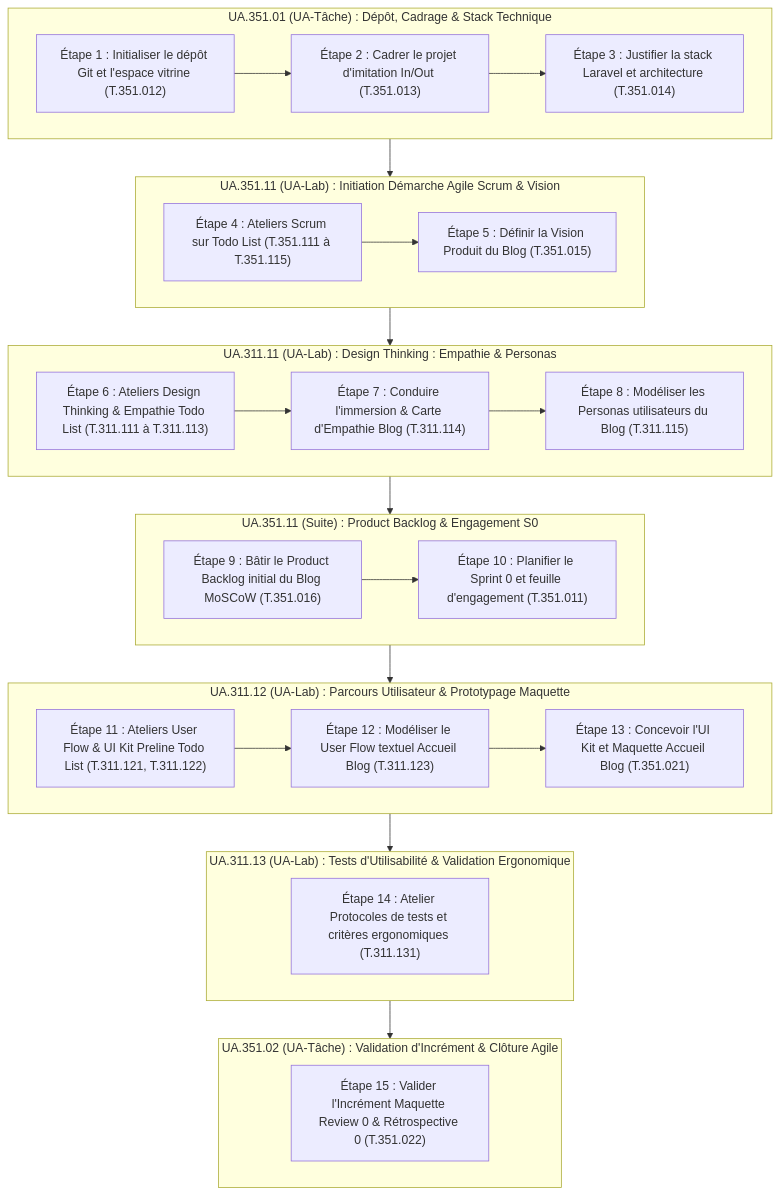
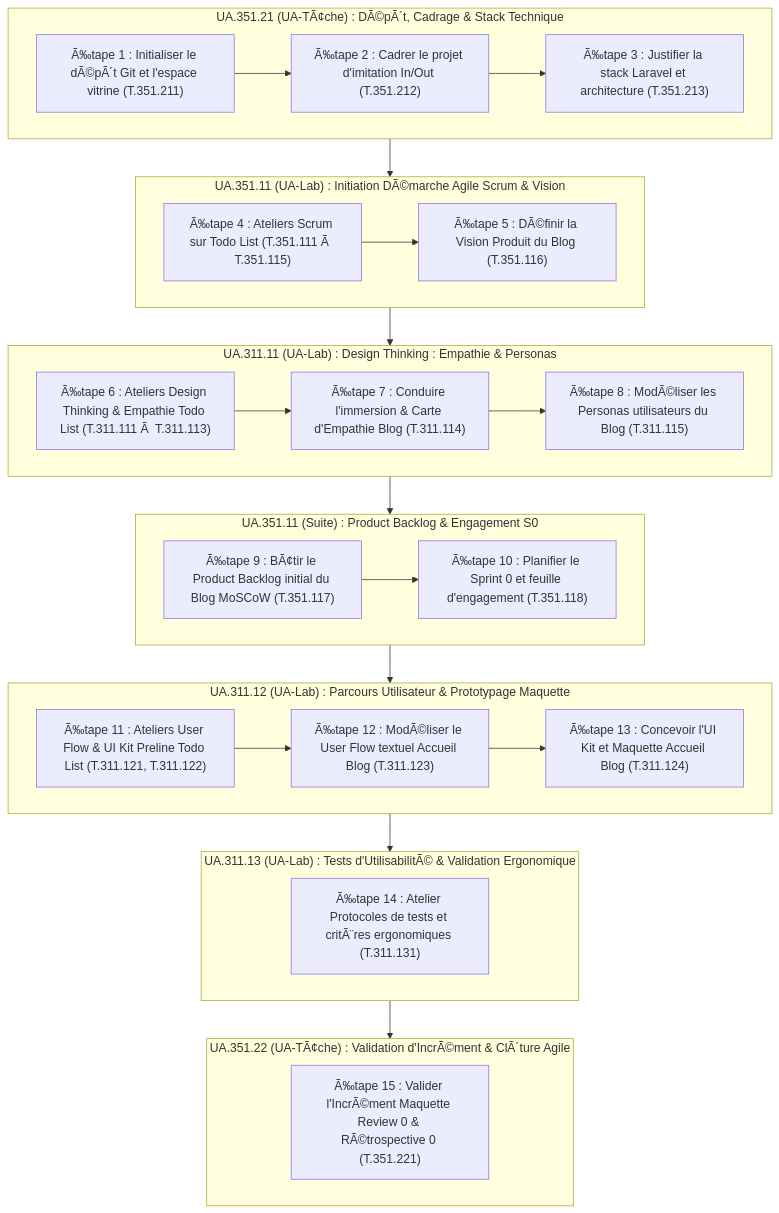
The diagram in flux-travail/sessions/flux-travail-s0.md (labs-web/projet-imiation-n3), drawn with Mermaid before and after one commit. The commit also changed other lines of this file and 19 other files, not shown here.

````diff
--- a/flux-travail/sessions/flux-travail-s0.md
+++ b/flux-travail/sessions/flux-travail-s0.md
@@ -80,45 +80,45 @@
 ```mermaid
 flowchart TD
-    subgraph UA1 ["UA.351.01 (UA-Tâche) : Dépôt, Cadrage & Stack Technique"]
-        E1["Étape 1 : Initialiser le dépôt Git et l'espace vitrine (T.351.012)"]
-        E2["Étape 2 : Cadrer le projet d'imitation In/Out (T.351.013)"]
-        E3["Étape 3 : Justifier la stack Laravel et architecture (T.351.014)"]
+    subgraph UA1 ["UA.351.21 (UA-TÃ¢che) : DÃ©pÃ´t, Cadrage & Stack Technique"]
+        E1["Ã‰tape 1 : Initialiser le dÃ©pÃ´t Git et l'espace vitrine (T.351.211)"]
+        E2["Ã‰tape 2 : Cadrer le projet d'imitation In/Out (T.351.212)"]
+        E3["Ã‰tape 3 : Justifier la stack Laravel et architecture (T.351.213)"]
         E1 --> E2 --> E3
     end
 
-    subgraph UA2 ["UA.351.11 (UA-Lab) : Initiation Démarche Agile Scrum & Vision"]
-        E4["Étape 4 : Ateliers Scrum sur Todo List (T.351.111 à T.351.115)"]
-        E5["Étape 5 : Définir la Vision Produit du Blog (T.351.015)"]
+    subgraph UA2 ["UA.351.11 (UA-Lab) : Initiation DÃ©marche Agile Scrum & Vision"]
+        E4["Ã‰tape 4 : Ateliers Scrum sur Todo List (T.351.111 Ã  T.351.115)"]
+        E5["Ã‰tape 5 : DÃ©finir la Vision Produit du Blog (T.351.116)"]
         E4 --> E5
     end
 
     subgraph UA3 ["UA.311.11 (UA-Lab) : Design Thinking : Empathie & Personas"]
-        E6["Étape 6 : Ateliers Design Thinking & Empathie Todo List (T.311.111 à T.311.113)"]
-        E7["Étape 7 : Conduire l'immersion & Carte d'Empathie Blog (T.311.114)"]
-        E8["Étape 8 : Modéliser les Personas utilisateurs du Blog (T.311.115)"]
+        E6["Ã‰tape 6 : Ateliers Design Thinking & Empathie Todo List (T.311.111 Ã  T.311.113)"]
+        E7["Ã‰tape 7 : Conduire l'immersion & Carte d'Empathie Blog (T.311.114)"]
+        E8["Ã‰tape 8 : ModÃ©liser les Personas utilisateurs du Blog (T.311.115)"]
         E6 --> E7 --> E8
     end
 
     subgraph UA2_Suite ["UA.351.11 (Suite) : Product Backlog & Engagement S0"]
-        E9["Étape 9 : Bâtir le Product Backlog initial du Blog MoSCoW (T.351.016)"]
-        E10["Étape 10 : Planifier le Sprint 0 et feuille d'engagement (T.351.011)"]
+        E9["Ã‰tape 9 : BÃ¢tir le Product Backlog initial du Blog MoSCoW (T.351.117)"]
+        E10["Ã‰tape 10 : Planifier le Sprint 0 et feuille d'engagement (T.351.118)"]
         E9 --> E10
     end
 
     subgraph UA4 ["UA.311.12 (UA-Lab) : Parcours Utilisateur & Prototypage Maquette"]
-        E11["Étape 11 : Ateliers User Flow & UI Kit Preline Todo List (T.311.121, T.311.122)"]
-        E12["Étape 12 : Modéliser le User Flow textuel Accueil Blog (T.311.123)"]
-        E13["Étape 13 : Concevoir l'UI Kit et Maquette Accueil Blog (T.351.021)"]
+        E11["Ã‰tape 11 : Ateliers User Flow & UI Kit Preline Todo List (T.311.121, T.311.122)"]
+        E12["Ã‰tape 12 : ModÃ©liser le User Flow textuel Accueil Blog (T.311.123)"]
+        E13["Ã‰tape 13 : Concevoir l'UI Kit et Maquette Accueil Blog (T.311.124)"]
         E11 --> E12 --> E13
     end
 
-    subgraph UA5 ["UA.311.13 (UA-Lab) : Tests d'Utilisabilité & Validation Ergonomique"]
-        E14["Étape 14 : Atelier Protocoles de tests et critères ergonomiques (T.311.131)"]
+    subgraph UA5 ["UA.311.13 (UA-Lab) : Tests d'UtilisabilitÃ© & Validation Ergonomique"]
+        E14["Ã‰tape 14 : Atelier Protocoles de tests et critÃ¨res ergonomiques (T.311.131)"]
     end
 
-    subgraph UA6 ["UA.351.02 (UA-Tâche) : Validation d'Incrément & Clôture Agile"]
-        E15["Étape 15 : Valider l'Incrément Maquette Review 0 & Rétrospective 0 (T.351.022)"]
+    subgraph UA6 ["UA.351.22 (UA-TÃ¢che) : Validation d'IncrÃ©ment & ClÃ´ture Agile"]
+        E15["Ã‰tape 15 : Valider l'IncrÃ©ment Maquette Review 0 & RÃ©trospective 0 (T.351.221)"]
     end
 
     UA1 --> UA2 --> UA3 --> UA2_Suite --> UA4 --> UA5 --> UA6
 ```
````
